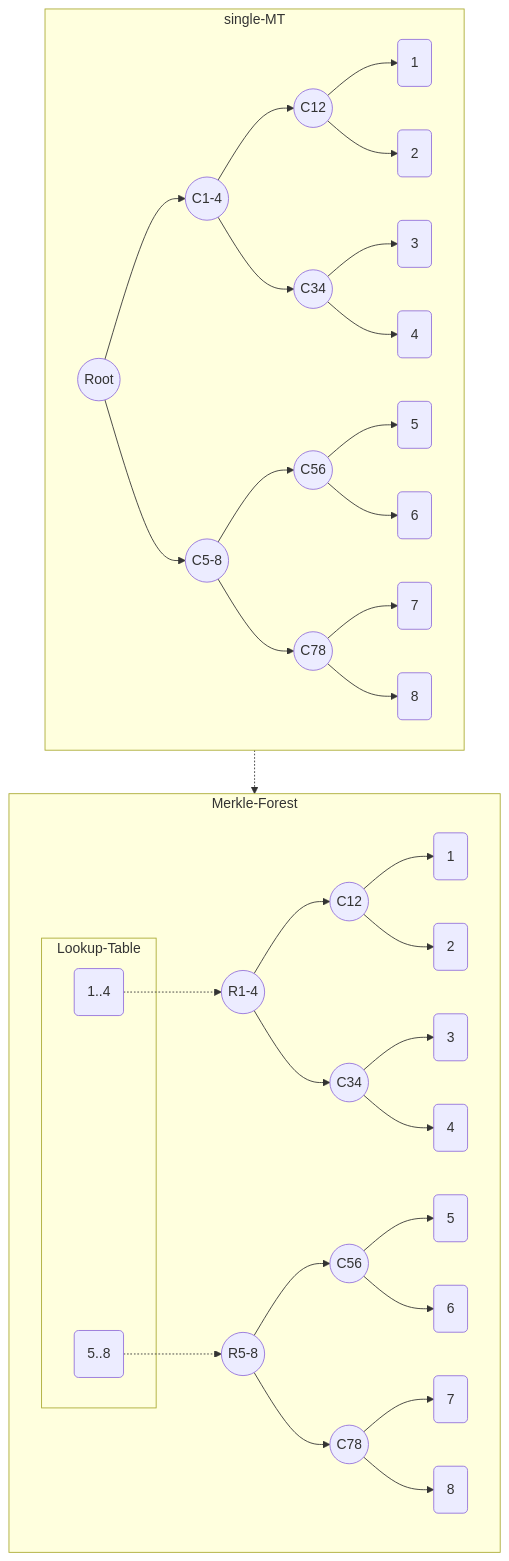
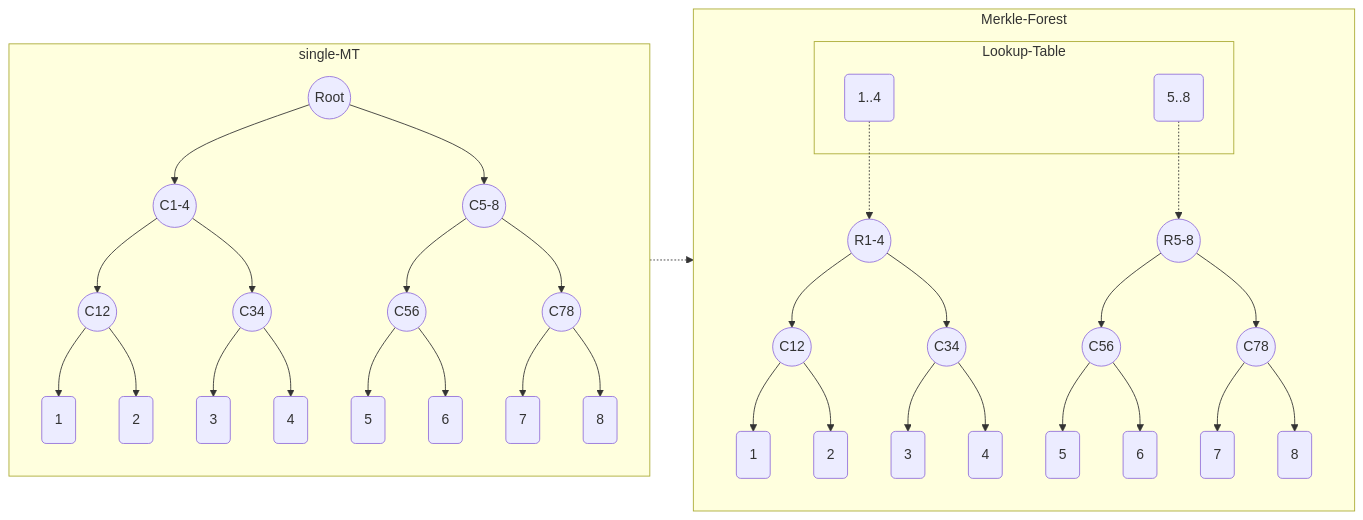
Before and after one commit to Poseidon-ZKP/merkle-forest: the diagram in README.md, drawn with Mermaid.

Commit message:
using flowchart for subgraph

````diff
--- a/README.md
+++ b/README.md
@@ -29,30 +29,30 @@
 ```mermaid
-    graph TD;
+    flowchart LR;
         subgraph single-MT
             R((Root))-->C1234 & C5678;
             C1234((C1-4)) --> C12((C12)) & C34((C34));
             C5678((C5-8)) --> C56((C56)) & C78((C78));
             C12-->L1(1) & L2(2)
             C34-->L3(3) & L4(4)
             C56-->L5(5) & L6(6)
             C78-->L7(7) & L8(8)
         end
 
         subgraph Merkle-Forest
             subgraph Lookup-Table
                 LT1(1..4)
                 LT5(5..8)
             end
             LT1 -.-> FC1234;
             LT5 -.-> FC5678;
             FC1234((R1-4)) --> FC12((C12)) & FC34((C34));
             FC5678((R5-8)) --> FC56((C56)) & FC78((C78));
             FC12-->FL1(1) & FL2(2)
             FC34-->FL3(3) & FL4(4)
             FC56-->FL5(5) & FL6(6)
             FC78-->FL7(7) & FL8(8)
         end
 
         single-MT -.-> Merkle-Forest
 
 ```
````
